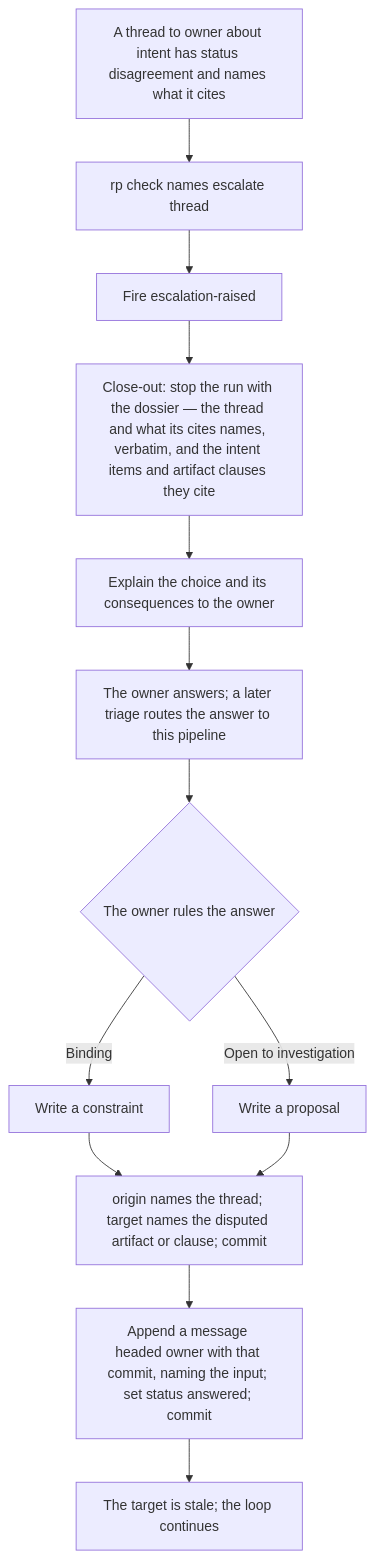
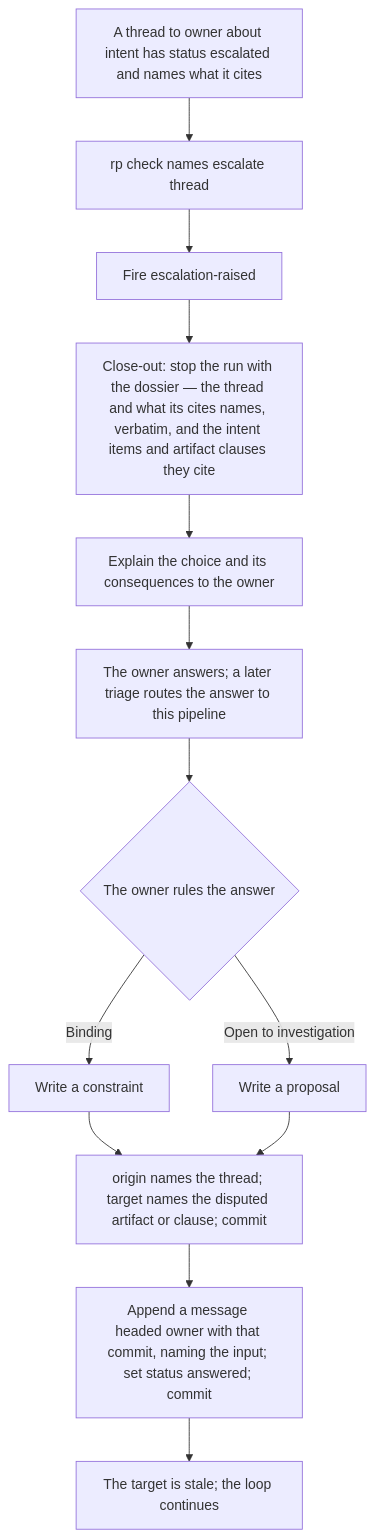
The diagram in docs/flowcharts/escalation.md (Automattic/radical-pipelines), drawn with Mermaid before and after one commit. The commit also changed 32 other files, not shown here.

````diff
--- a/docs/flowcharts/escalation.md
+++ b/docs/flowcharts/escalation.md
@@ -5,15 +5,15 @@
 ```mermaid
 flowchart TD
-    A["A thread to owner about intent has status disagreement and names what it cites"] --> B["rp check names escalate thread"]
+    A["A thread to owner about intent has status escalated and names what it cites"] --> B["rp check names escalate thread"]
     B --> C["Fire escalation-raised"]
     C --> D["Close-out: stop the run with the dossier — the thread and what its cites names, verbatim, and the intent items and artifact clauses they cite"]
     D --> E["Explain the choice and its consequences to the owner"]
     E --> F["The owner answers; a later triage routes the answer to this pipeline"]
     F --> G{"The owner rules the answer"}
     G -->|Binding| H["Write a constraint"]
     G -->|Open to investigation| I["Write a proposal"]
     H --> J["origin names the thread; target names the disputed artifact or clause; commit"]
     I --> J
     J --> K["Append a message headed owner with that commit, naming the input; set status answered; commit"]
     K --> L["The target is stale; the loop continues"]
 ```
````
